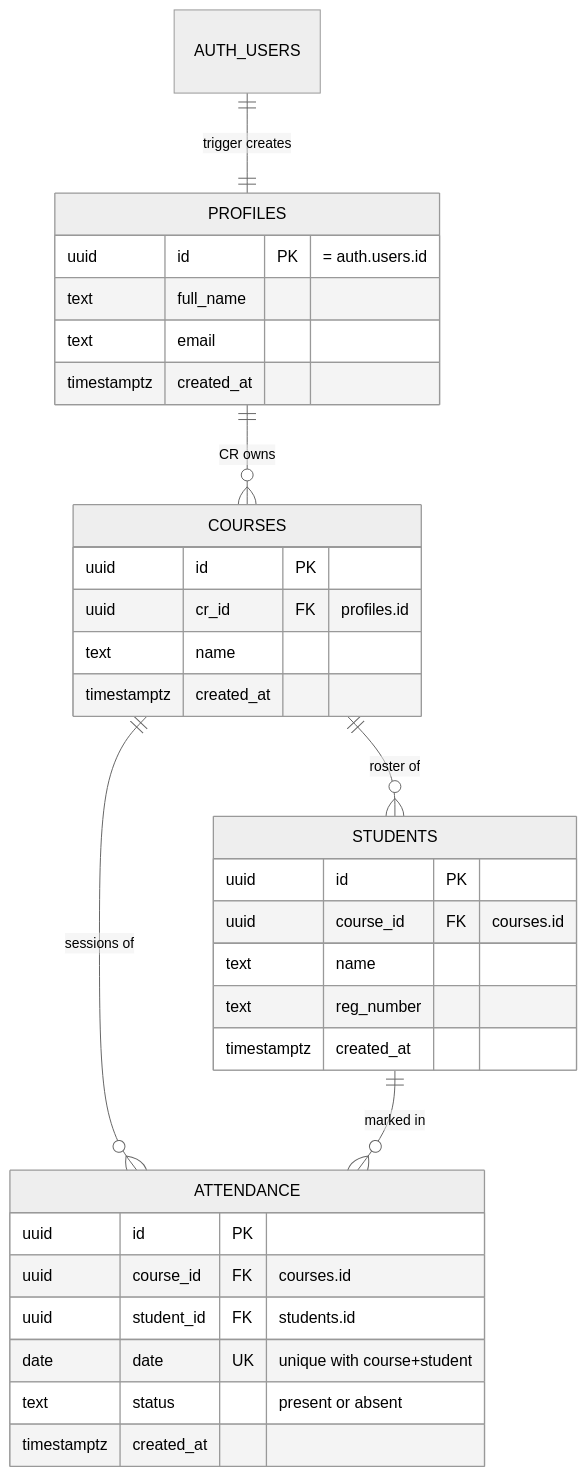
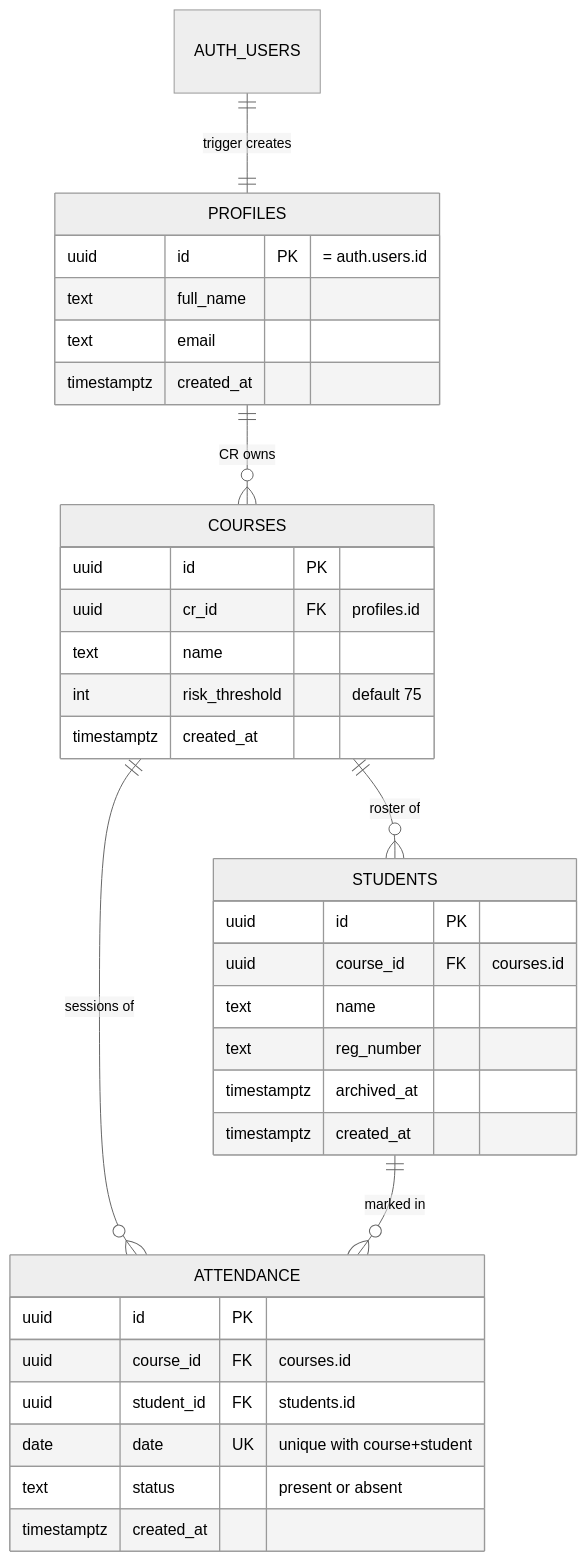
Before and after one commit to wasiqtanveer/CR_Attendance_App-V2.0: the second of 3 diagrams in README.md, drawn with Mermaid (neutral theme). The commit also changed other lines of this file and 40 other files, not shown here.

````diff
--- a/README.md
+++ b/README.md
@@ -154,36 +155,38 @@
 ```mermaid
 erDiagram
     AUTH_USERS ||--|| PROFILES   : "trigger creates"
     PROFILES   ||--o{ COURSES    : "CR owns"
     COURSES    ||--o{ STUDENTS   : "roster of"
     COURSES    ||--o{ ATTENDANCE : "sessions of"
     STUDENTS   ||--o{ ATTENDANCE : "marked in"
 
     PROFILES {
         uuid id PK "= auth.users.id"
         text full_name
         text email
         timestamptz created_at
     }
     COURSES {
         uuid id PK
         uuid cr_id FK "profiles.id"
         text name
+        int risk_threshold "default 75"
         timestamptz created_at
     }
     STUDENTS {
         uuid id PK
         uuid course_id FK "courses.id"
         text name
         text reg_number
+        timestamptz archived_at
         timestamptz created_at
     }
     ATTENDANCE {
         uuid id PK
         uuid course_id FK "courses.id"
         uuid student_id FK "students.id"
         date date UK "unique with course+student"
         text status "present or absent"
         timestamptz created_at
     }
 ```
````
